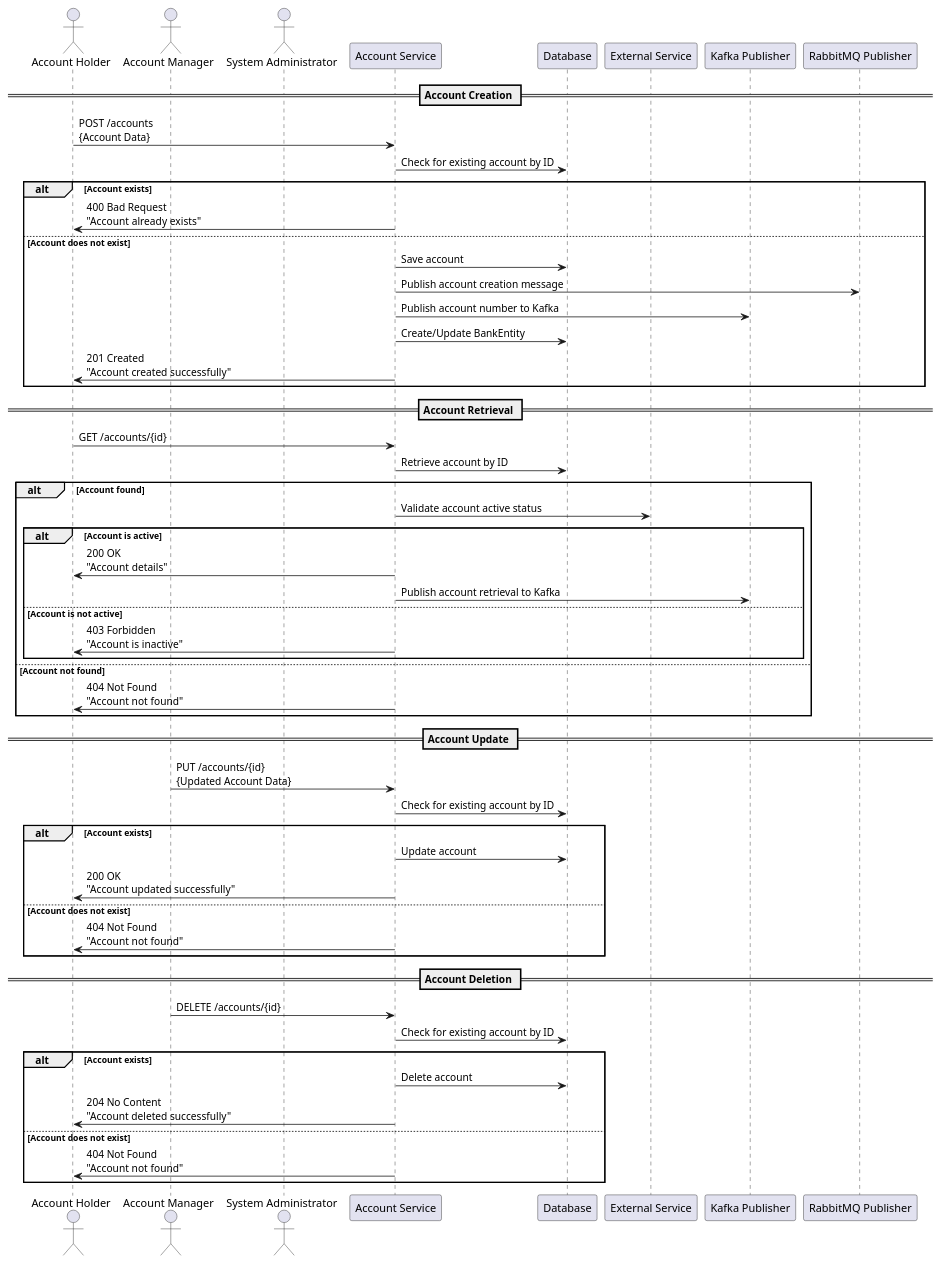
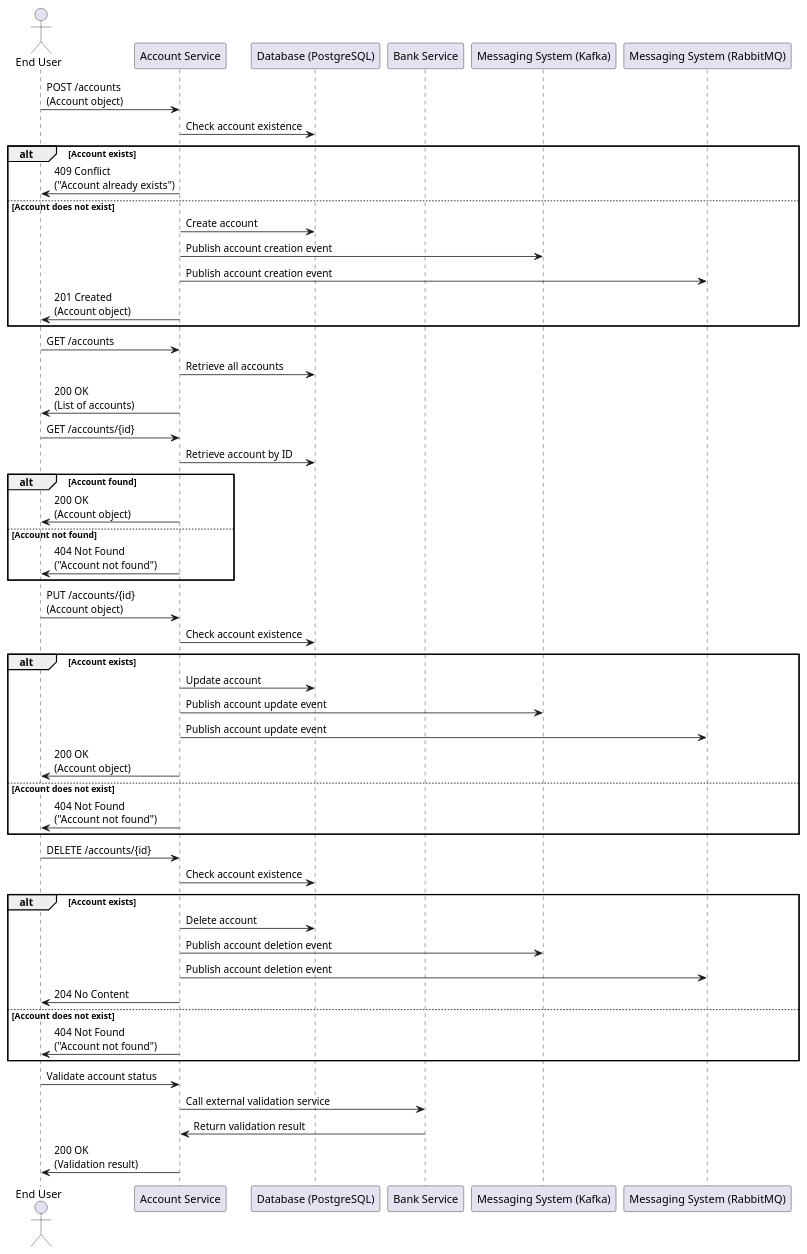
One commit to Bhaskar-Pavan/AccountService changed the diagram in design_document/AccountService.md. Above: the diagram before and after it, drawn with PlantUML. The commit also changed other lines of this file, not shown here.

````diff
--- a/design_document/AccountService.md
+++ b/design_document/AccountService.md
@@ -37,61 +35,61 @@
 ```plantuml
 @startuml
-actor "Account Holder" as AH
-actor "Account Manager" as AM
-actor "System Administrator" as SA
-participant "Account Service" as AS
-participant "Database" as DB
-participant "External Service" as ES
-participant "Kafka Publisher" as KP
-participant "RabbitMQ Publisher" as RP
+actor "End User" as User
+participant "Account Service" as AccountService
+participant "Database (PostgreSQL)" as PostgreSQL
+participant "Bank Service" as BankService
+participant "Messaging System (Kafka)" as Kafka
+participant "Messaging System (RabbitMQ)" as RabbitMQ
 
-== Account Creation ==
-AH -> AS : POST /accounts\n{Account Data}
-AS -> DB : Check for existing account by ID
+User -> AccountService : POST /accounts\n(Account object)
+AccountService -> PostgreSQL : Check account existence
 alt Account exists
-    AS -> AH : 400 Bad Request\n"Account already exists"
+    AccountService -> User : 409 Conflict\n("Account already exists")
 else Account does not exist
-    AS -> DB : Save account
-    AS -> RP : Publish account creation message
-    AS -> KP : Publish account number to Kafka
-    AS -> DB : Create/Update BankEntity
-    AS -> AH : 201 Created\n"Account created successfully"
+    AccountService -> PostgreSQL : Create account
+    AccountService -> Kafka : Publish account creation event
+    AccountService -> RabbitMQ : Publish account creation event
+    AccountService -> User : 201 Created\n(Account object)
 end
 
-== Account Retrieval ==
-AH -> AS : GET /accounts/{id}
-AS -> DB : Retrieve account by ID
+User -> AccountService : GET /accounts
+AccountService -> PostgreSQL : Retrieve all accounts
+AccountService -> User : 200 OK\n(List of accounts)
+
+User -> AccountService : GET /accounts/{id}
+AccountService -> PostgreSQL : Retrieve account by ID
 alt Account found
-    AS -> ES : Validate account active status
-    alt Account is active
-        AS -> AH : 200 OK\n"Account details"
-        AS -> KP : Publish account retrieval to Kafka
-    else Account is not active
-        AS -> AH : 403 Forbidden\n"Account is inactive"
-    end
+    AccountService -> User : 200 OK\n(Account object)
 else Account not found
-    AS -> AH : 404 Not Found\n"Account not found"
+    AccountService -> User : 404 Not Found\n("Account not found")
 end
 
-== Account Update ==
-AM -> AS : PUT /accounts/{id}\n{Updated Account Data}
-AS -> DB : Check for existing account by ID
+User -> AccountService : PUT /accounts/{id}\n(Account object)
+AccountService -> PostgreSQL : Check account existence
 alt Account exists
-    AS -> DB : Update account
-    AS -> AH : 200 OK\n"Account updated successfully"
+    AccountService -> PostgreSQL : Update account
+    AccountService -> Kafka : Publish account update event
+    AccountService -> RabbitMQ : Publish account update event
+    AccountService -> User : 200 OK\n(Account object)
 else Account does not exist
-    AS -> AH : 404 Not Found\n"Account not found"
+    AccountService -> User : 404 Not Found\n("Account not found")
 end
 
-== Account Deletion ==
-AM -> AS : DELETE /accounts/{id}
-AS -> DB : Check for existing account by ID
+User -> AccountService : DELETE /accounts/{id}
+AccountService -> PostgreSQL : Check account existence
 alt Account exists
-    AS -> DB : Delete account
-    AS -> AH : 204 No Content\n"Account deleted successfully"
+    AccountService -> PostgreSQL : Delete account
+    AccountService -> Kafka : Publish account deletion event
+    AccountService -> RabbitMQ : Publish account deletion event
+    AccountService -> User : 204 No Content
 else Account does not exist
-    AS -> AH : 404 Not Found\n"Account not found"
+    AccountService -> User : 404 Not Found\n("Account not found")
 end
+
+User -> AccountService : Validate account status
+AccountService -> BankService : Call external validation service
+BankService -> AccountService : Return validation result
+AccountService -> User : 200 OK\n(Validation result)
 
 @enduml
 ```
````
